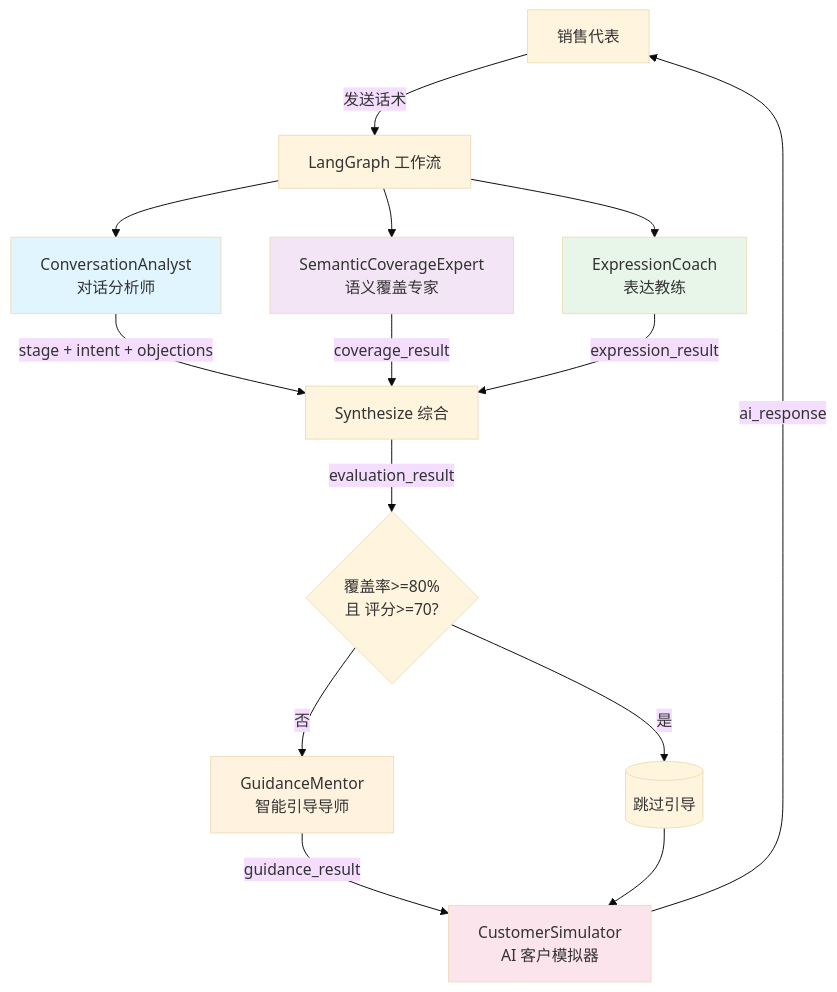
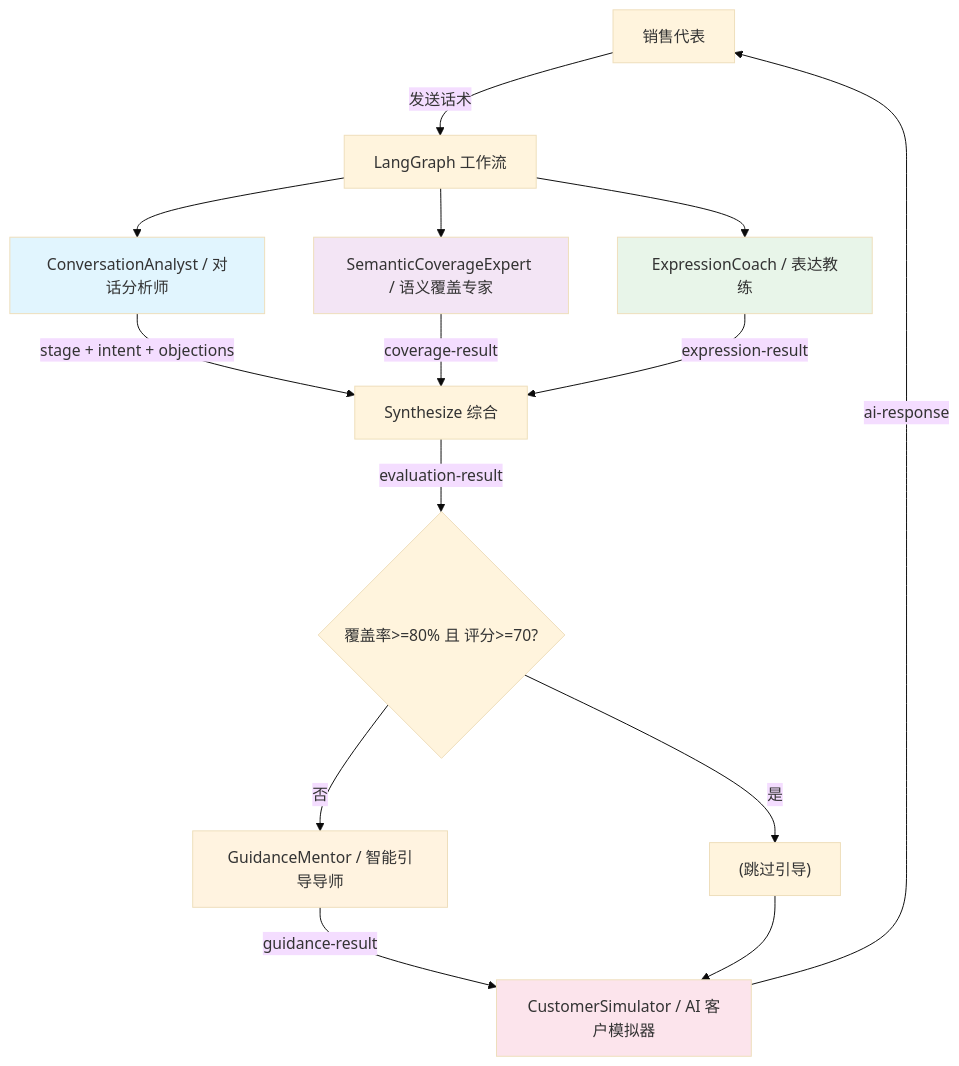
One commit to xt765/UMU-Sales-Trainer changed the second of 10 diagrams in README.md. Above: the diagram before and after it, drawn with Mermaid (base theme). The commit also changed other lines of this file and 1 other file, not shown here.

````diff
--- a/README.md
+++ b/README.md
@@ -134,28 +134,28 @@
 ```mermaid
 graph TD
-    User[销售代表] -->|发送话术| WF[LangGraph 工作流]
+    User["销售代表"] -->|"发送话术"| WF["LangGraph 工作流"]
 
-    WF --> PA[ConversationAnalyst<br/>对话分析师]
-    WF --> SE[SemanticCoverageExpert<br/>语义覆盖专家]
-    WF --> EC[ExpressionCoach<br/>表达教练]
+    WF --> PA["ConversationAnalyst / 对话分析师"]
+    WF --> SE["SemanticCoverageExpert / 语义覆盖专家"]
+    WF --> EC["ExpressionCoach / 表达教练"]
 
-    PA -->|stage + intent + objections| SYN[Synthesize 综合]
-    SE -->|coverage_result| SYN
-    EC -->|expression_result| SYN
+    PA -->|"stage + intent + objections"| SYN["Synthesize 综合"]
+    SE -->|"coverage-result"| SYN
+    EC -->|"expression-result"| SYN
 
-    SYN -->|evaluation_result| ROUTER{覆盖率>=80%<br/>且 评分>=70?}
+    SYN -->|"evaluation-result"| ROUTER{"覆盖率>=80% 且 评分>=70?"}
 
-    ROUTER -->|否| GM[GuidanceMentor<br/>智能引导导师]
-    ROUTER -->|是| SKIP[(跳过引导)]
+    ROUTER -->|"否"| GM["GuidanceMentor / 智能引导导师"]
+    ROUTER -->|"是"| SKIP["(跳过引导)"]
 
-    GM -->|guidance_result| SIM[CustomerSimulator<br/>AI 客户模拟器]
+    GM -->|"guidance-result"| SIM["CustomerSimulator / AI 客户模拟器"]
     SKIP --> SIM
 
-    SIM -->|ai_response| User
+    SIM -->|"ai-response"| User
 
     style PA fill:#e1f5fe
     style SE fill:#f3e5f5
     style EC fill:#e8f5e9
     style GM fill:#fff3e0
     style SIM fill:#fce4ec
 ```
````
